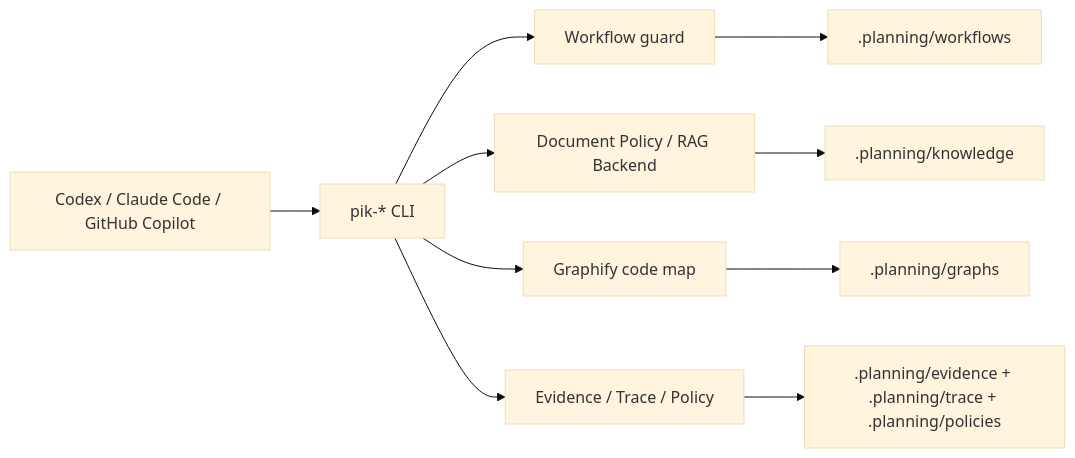
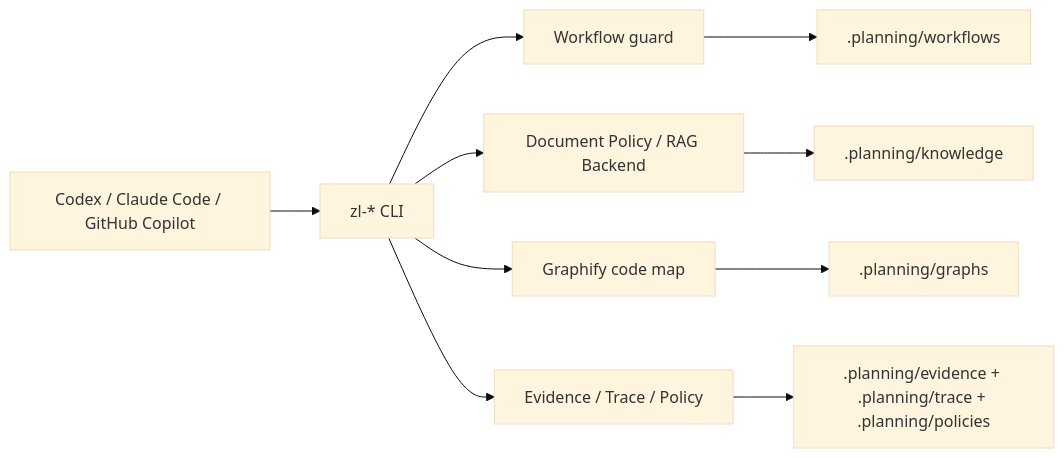
Before and after one commit to FrigidCrow/Zhulong-Project-Intelligence-Kit: the first of 3 diagrams in docs/architecture.md, drawn with Mermaid (base theme). The commit also changed other lines of this file and 205 other files, not shown here.

````diff
--- a/docs/architecture.md
+++ b/docs/architecture.md
@@ -5,12 +5,12 @@
 ```mermaid
 flowchart LR
-  R["Codex / Claude Code / GitHub Copilot"] --> C["pik-* CLI"]
+  R["Codex / Claude Code / GitHub Copilot"] --> C["zl-* CLI"]
   C --> W["Workflow guard"]
   C --> K["Document Policy / RAG Backend"]
   C --> G["Graphify code map"]
   C --> E["Evidence / Trace / Policy"]
   W --> P[".planning/workflows"]
   K --> PK[".planning/knowledge"]
   G --> PG[".planning/graphs"]
   E --> PE[".planning/evidence + .planning/trace + .planning/policies"]
 ```
````
